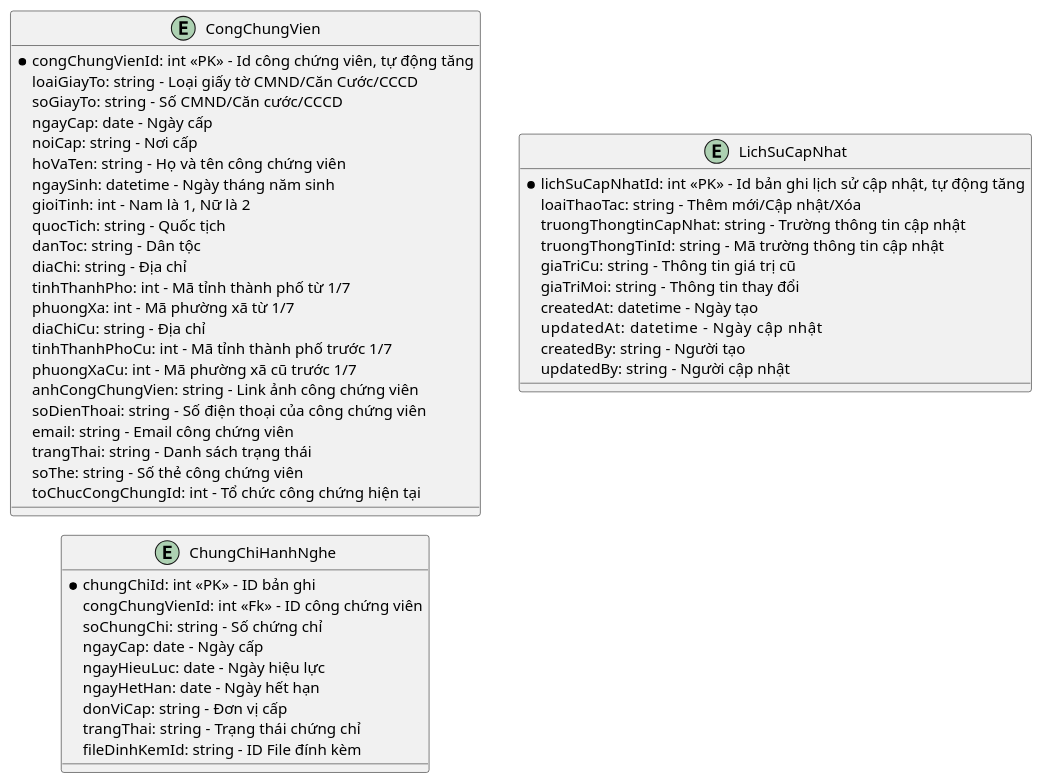
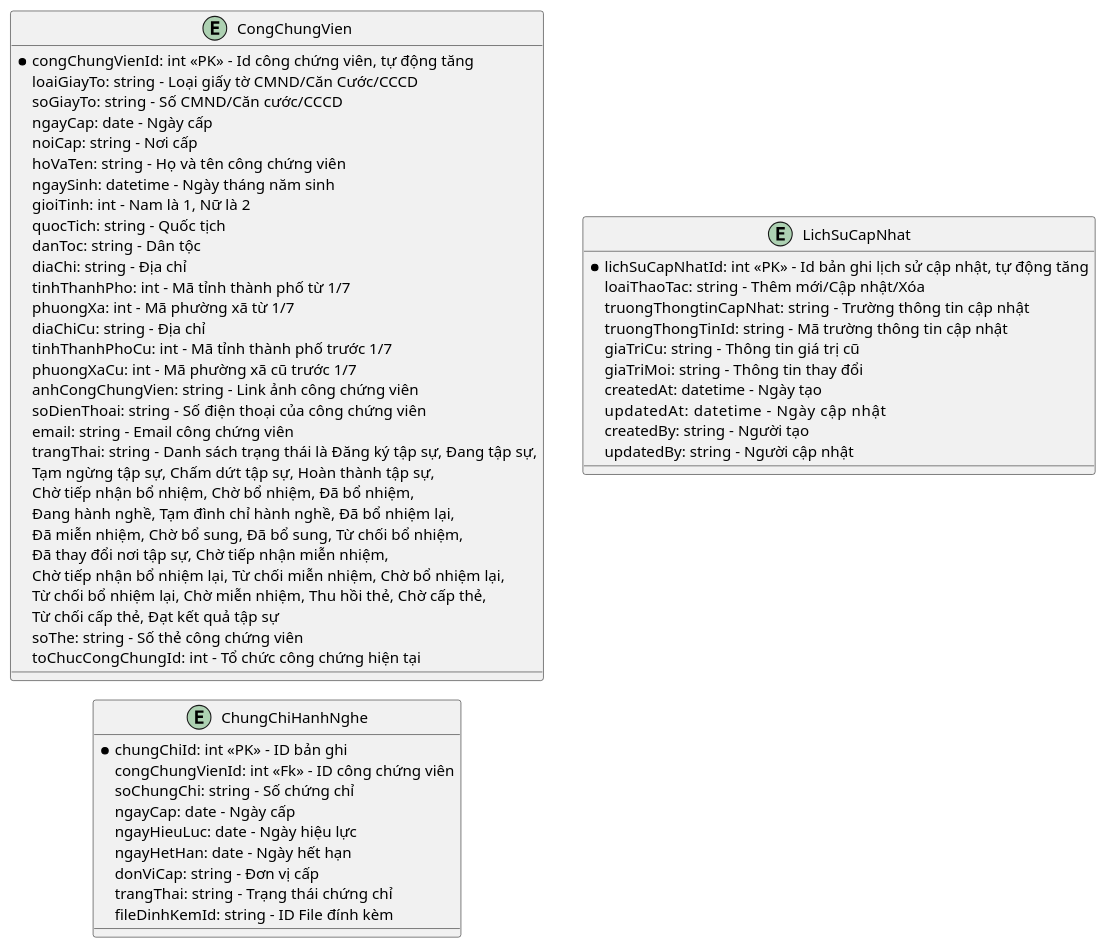
One commit to phuongpm23/nds-docs-test changed the diagram in ba/[NDS-E-00046] Quản lý thông tin công chứng viên/3.ldm.puml. Above: the diagram before and after it, drawn with PlantUML. The commit also changed 23 other files, not shown here.

```diff
--- a/ba/[NDS-E-00046] Quản lý thông tin công chứng viên/3.ldm.puml
+++ b/ba/[NDS-E-00046] Quản lý thông tin công chứng viên/3.ldm.puml
@@ -1,59 +1,67 @@
 @startuml ldm
 !pragma layout smetana
 left to right direction
 
 entity CongChungVien
 entity ChungChiHanhNghe
 entity LichSuCapNhat
 
 entity CongChungVien {
   *congChungVienId: int <<PK>> - Id công chứng viên, tự động tăng
   loaiGiayTo: string - Loại giấy tờ CMND/Căn Cước/CCCD
   soGiayTo: string - Số CMND/Căn cước/CCCD 
   ngayCap: date - Ngày cấp
   noiCap: string - Nơi cấp
   hoVaTen: string - Họ và tên công chứng viên
   ngaySinh: datetime - Ngày tháng năm sinh
   gioiTinh: int - Nam là 1, Nữ là 2
   quocTich: string - Quốc tịch
   danToc: string - Dân tộc
   diaChi: string - Địa chỉ
   tinhThanhPho: int - Mã tỉnh thành phố từ 1/7
   phuongXa: int - Mã phường xã từ 1/7
   diaChiCu: string - Địa chỉ
   tinhThanhPhoCu: int - Mã tỉnh thành phố trước 1/7
   phuongXaCu: int - Mã phường xã cũ trước 1/7
   anhCongChungVien: string - Link ảnh công chứng viên
   soDienThoai: string - Số điện thoại của công chứng viên
   email: string - Email công chứng viên
-  trangThai: string - Danh sách trạng thái
+  trangThai: string - Danh sách trạng thái là Đăng ký tập sự, Đang tập sự, 
+    Tạm ngừng tập sự, Chấm dứt tập sự, Hoàn thành tập sự, 
+    Chờ tiếp nhận bổ nhiệm, Chờ bổ nhiệm, Đã bổ nhiệm, 
+    Đang hành nghề, Tạm đình chỉ hành nghề, Đã bổ nhiệm lại, 
+    Đã miễn nhiệm, Chờ bổ sung, Đã bổ sung, Từ chối bổ nhiệm, 
+    Đã thay đổi nơi tập sự, Chờ tiếp nhận miễn nhiệm, 
+    Chờ tiếp nhận bổ nhiệm lại, Từ chối miễn nhiệm, Chờ bổ nhiệm lại, 
+    Từ chối bổ nhiệm lại, Chờ miễn nhiệm, Thu hồi thẻ, Chờ cấp thẻ, 
+    Từ chối cấp thẻ, Đạt kết quả tập sự
   soThe: string - Số thẻ công chứng viên
   toChucCongChungId: int - Tổ chức công chứng hiện tại
 }
 
 entity ChungChiHanhNghe {
   *chungChiId: int <<PK>> - ID bản ghi
   congChungVienId: int <<Fk>> - ID công chứng viên
   soChungChi: string - Số chứng chỉ
   ngayCap: date - Ngày cấp
   ngayHieuLuc: date - Ngày hiệu lực
   ngayHetHan: date - Ngày hết hạn
   donViCap: string - Đơn vị cấp
   trangThai: string - Trạng thái chứng chỉ
   fileDinhKemId: string - ID File đính kèm
 }
 
 entity LichSuCapNhat {
   *lichSuCapNhatId: int <<PK>> - Id bản ghi lịch sử cập nhật, tự động tăng
   loaiThaoTac: string - Thêm mới/Cập nhật/Xóa
   truongThongtinCapNhat: string - Trường thông tin cập nhật
   truongThongTinId: string - Mã trường thông tin cập nhật
   giaTriCu: string - Thông tin giá trị cũ
   giaTriMoi: string - Thông tin thay đổi
   createdAt: datetime - Ngày tạo
   updatedAt: datetime      - Ngày cập nhật
   createdBy: string - Người tạo
   updatedBy: string - Người cập nhật
 }
 
 @enduml
```
